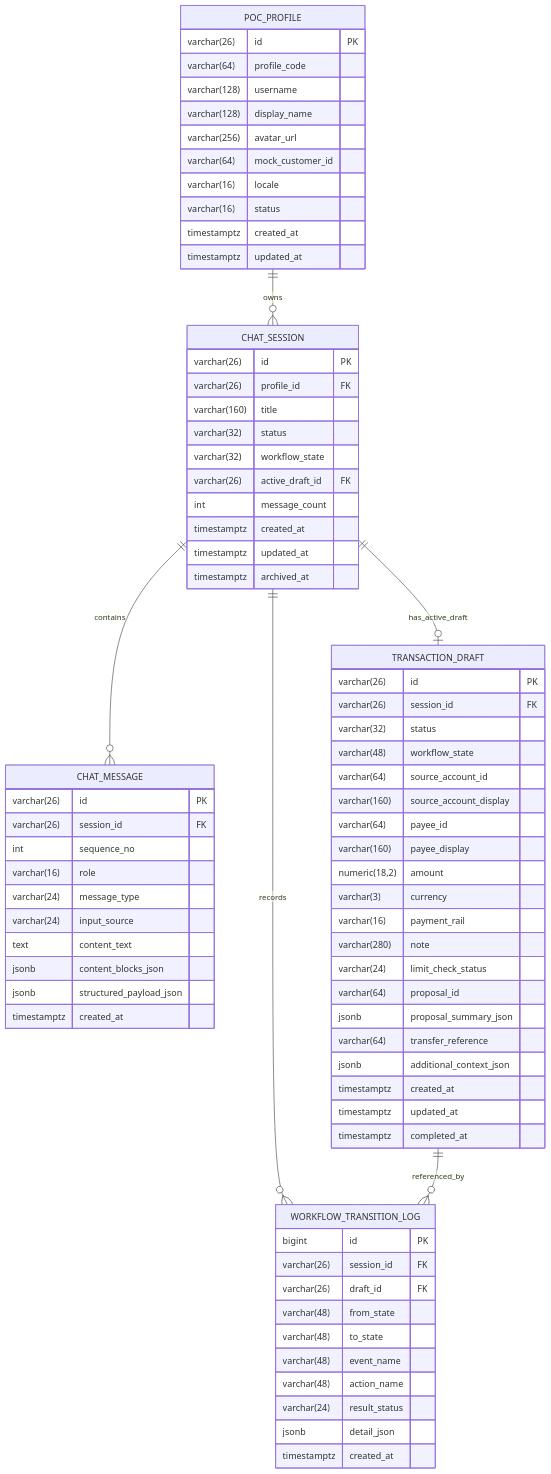
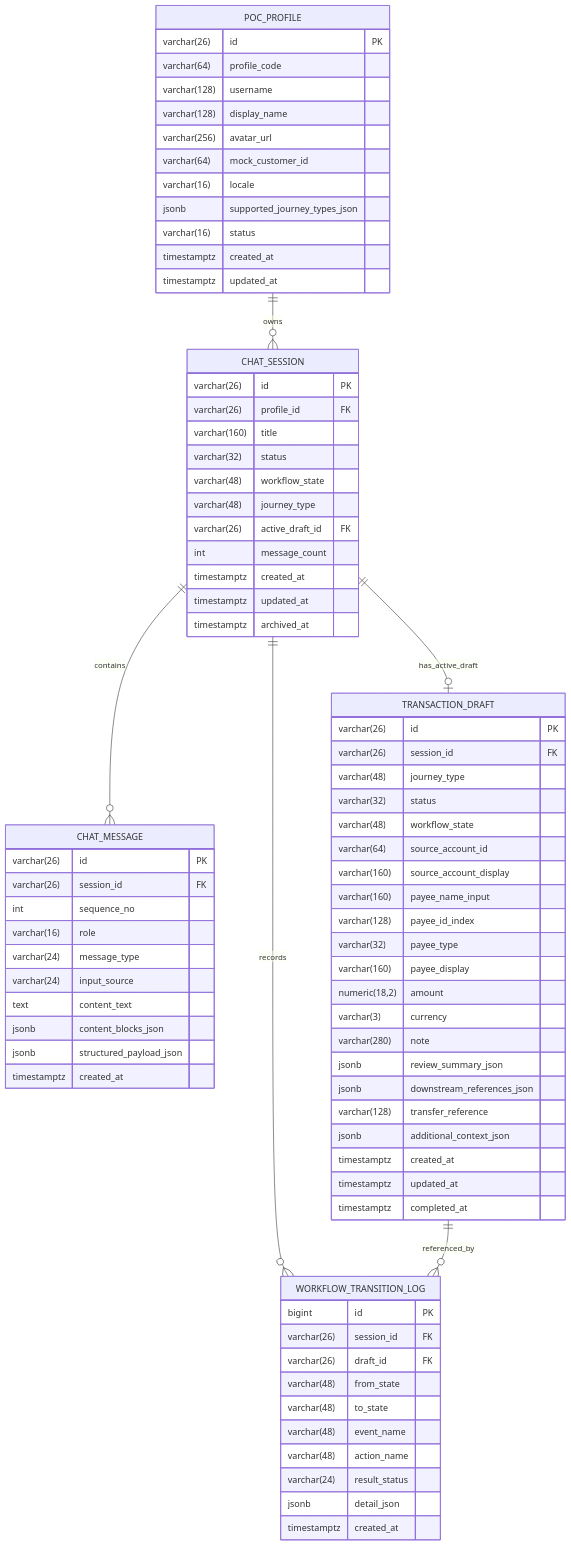
Before and after one commit to VictorZhong/chat2pay: the diagram in docs/03-db_design.md, drawn with Mermaid. The commit also changed other lines of this file and 7 other files, not shown here.

```diff
--- a/docs/03-db_design.md
+++ b/docs/03-db_design.md
@@ -36,6 +40,7 @@
         varchar(256) avatar_url
         varchar(64) mock_customer_id
         varchar(16) locale
+        jsonb supported_journey_types_json
         varchar(16) status
         timestamptz created_at
         timestamptz updated_at
@@ -46,7 +51,8 @@
         varchar(26) profile_id FK
         varchar(160) title
         varchar(32) status
-        varchar(32) workflow_state
+        varchar(48) workflow_state
+        varchar(48) journey_type
         varchar(26) active_draft_id FK
         int message_count
         timestamptz created_at
@@ -70,20 +76,21 @@
     TRANSACTION_DRAFT {
         varchar(26) id PK
         varchar(26) session_id FK
+        varchar(48) journey_type
         varchar(32) status
         varchar(48) workflow_state
         varchar(64) source_account_id
         varchar(160) source_account_display
-        varchar(64) payee_id
+        varchar(160) payee_name_input
+        varchar(128) payee_id_index
+        varchar(32) payee_type
         varchar(160) payee_display
         numeric(18,2) amount
         varchar(3) currency
-        varchar(16) payment_rail
         varchar(280) note
-        varchar(24) limit_check_status
-        varchar(64) proposal_id
-        jsonb proposal_summary_json
-        varchar(64) transfer_reference
+        jsonb review_summary_json
+        jsonb downstream_references_json
+        varchar(128) transfer_reference
         jsonb additional_context_json
         timestamptz created_at
         timestamptz updated_at
```
